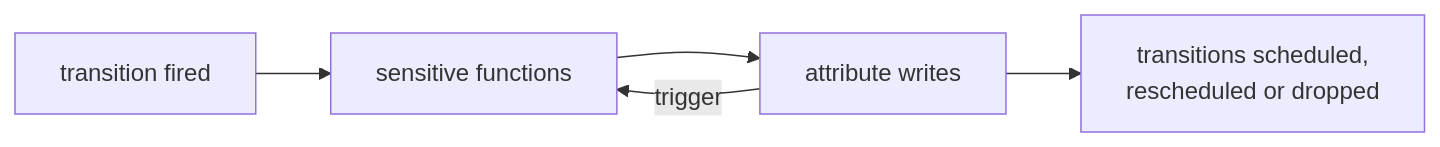
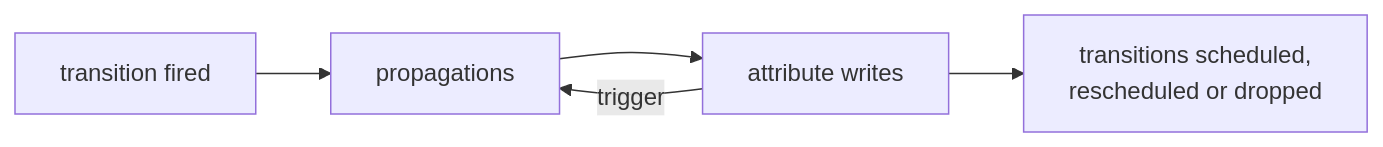
The diagram in docs/guides/causal-journal.md (edgemind-sas/cod3s-raichu), drawn with Mermaid before and after one commit. The commit also changed other lines of this file and 222 other files, not shown here.

````diff
--- a/docs/guides/causal-journal.md
+++ b/docs/guides/causal-journal.md
@@ -24,7 +24,7 @@
 ```mermaid
 flowchart LR
-    E["transition fired"] --> F["sensitive functions"]
+    E["transition fired"] --> F["propagations"]
     F --> V["attribute writes"]
     V -->|trigger| F
     V --> R["transitions scheduled,<br/>rescheduled or dropped"]
 ```
````
